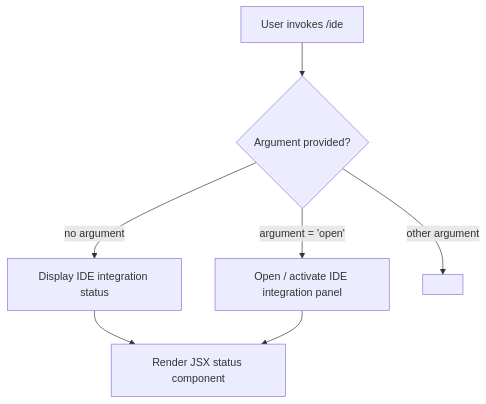
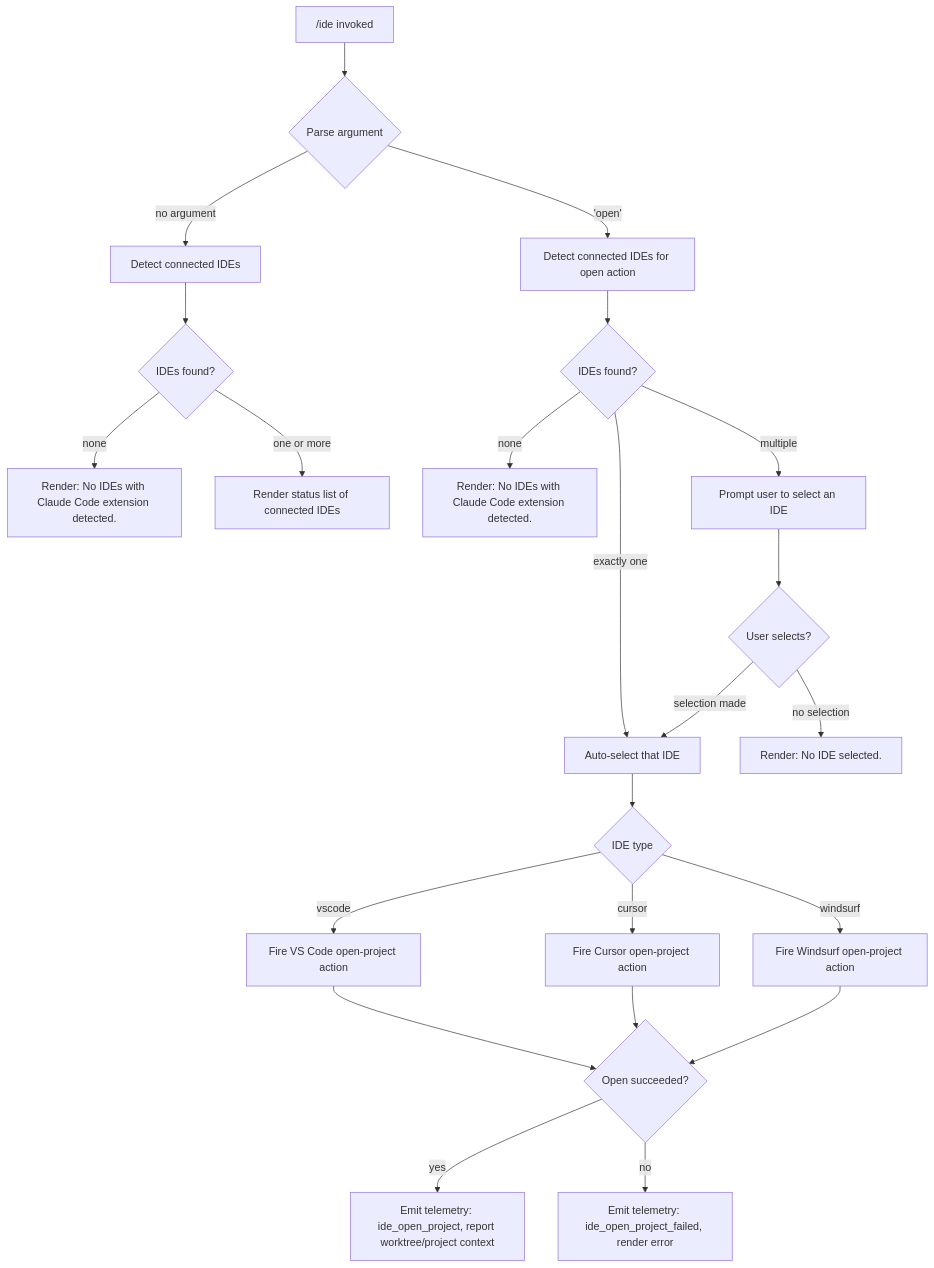
One commit to MyLittleLuckyDog/cc-gnothi changed the diagram in versions/v2.1.141/ide.md. Above: the diagram before and after it, drawn with Mermaid. The commit also changed other lines of this file and 483 other files, not shown here.

````diff
--- a/versions/v2.1.141/ide.md
+++ b/versions/v2.1.141/ide.md
@@ -47,9 +55,26 @@
 ```mermaid
 flowchart TD
-    A[User invokes /ide] --> B{Argument provided?}
-    B -- "no argument" --> C[Display IDE integration status]
-    B -- "argument = 'open'" --> D[Open / activate IDE integration panel]
-    B -- "other argument" --> E[<!-- TODO: not found in depth-2 traversal; needs --depth 4 -->]
-    C --> F[Render JSX status component]
-    D --> F
+    A["/ide invoked"] --> B{Parse argument}
+    B -- "no argument" --> C[Detect connected IDEs]
+    B -- "'open'" --> D[Detect connected IDEs for open action]
+
+    C --> E{IDEs found?}
+    E -- "none" --> F["Render: No IDEs with Claude Code extension detected."]
+    E -- "one or more" --> G[Render status list of connected IDEs]
+
+    D --> H{IDEs found?}
+    H -- "none" --> I["Render: No IDEs with Claude Code extension detected."]
+    H -- "exactly one" --> J[Auto-select that IDE]
+    H -- "multiple" --> K[Prompt user to select an IDE]
+    K --> L{User selects?}
+    L -- "no selection" --> M["Render: No IDE selected."]
+    L -- "selection made" --> J
+
+    J --> N{IDE type}
+    N -- "vscode" --> O[Fire VS Code open-project action]
+    N -- "cursor" --> P[Fire Cursor open-project action]
+    N -- "windsurf" --> R[Fire Windsurf open-project action]
+    O & P & R --> S{Open succeeded?}
+    S -- "yes" --> T[Emit telemetry: ide_open_project, report worktree/project context]
+    S -- "no" --> U[Emit telemetry: ide_open_project_failed, render error]
 ```
````
